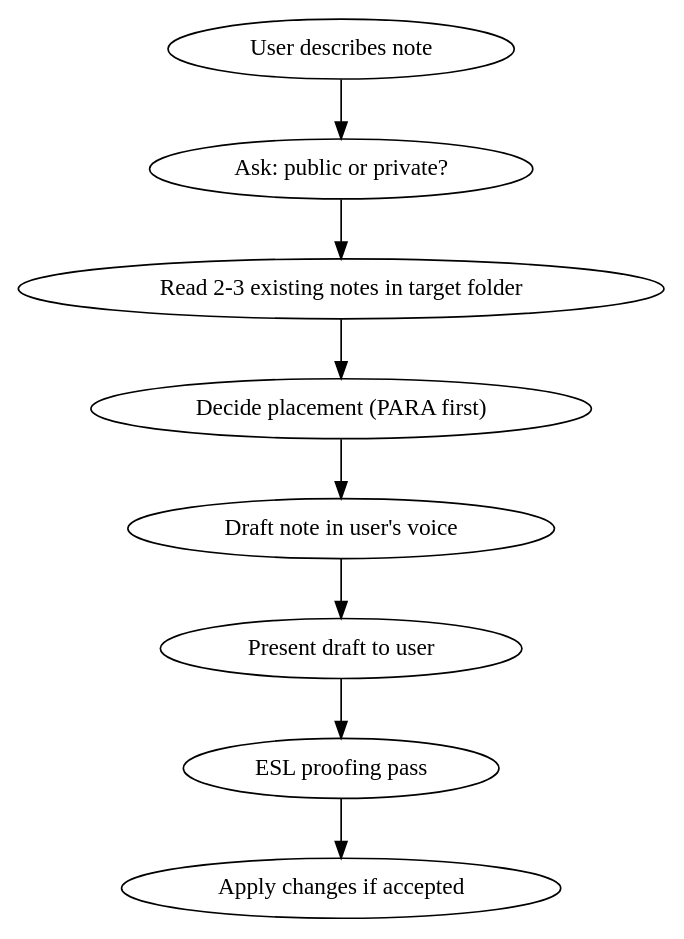
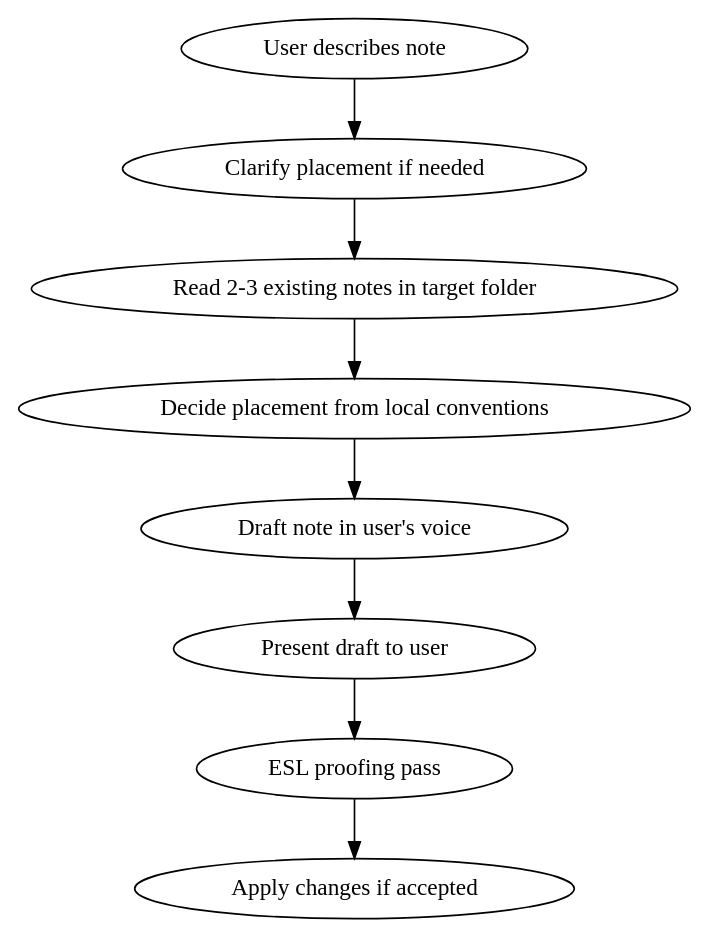
One commit to BunnyRocks/rabbit-hole changed the diagram in plugins/accelerated-learning/skills/drafting-notes/SKILL.md. Above: the diagram before and after it, drawn with Graphviz. The commit also changed other lines of this file and 11 other files, not shown here.

````diff
--- a/plugins/accelerated-learning/skills/drafting-notes/SKILL.md
+++ b/plugins/accelerated-learning/skills/drafting-notes/SKILL.md
@@ -14,11 +14,11 @@
 ```dot
 digraph drafting {
-  "User describes note" -> "Ask: public or private?";
-  "Ask: public or private?" -> "Read 2-3 existing notes in target folder";
-  "Read 2-3 existing notes in target folder" -> "Decide placement (PARA first)";
-  "Decide placement (PARA first)" -> "Draft note in user's voice";
+  "User describes note" -> "Clarify placement if needed";
+  "Clarify placement if needed" -> "Read 2-3 existing notes in target folder";
+  "Read 2-3 existing notes in target folder" -> "Decide placement from local conventions";
+  "Decide placement from local conventions" -> "Draft note in user's voice";
   "Draft note in user's voice" -> "Present draft to user";
   "Present draft to user" -> "ESL proofing pass";
   "ESL proofing pass" -> "Apply changes if accepted";
 }
 ```
````
